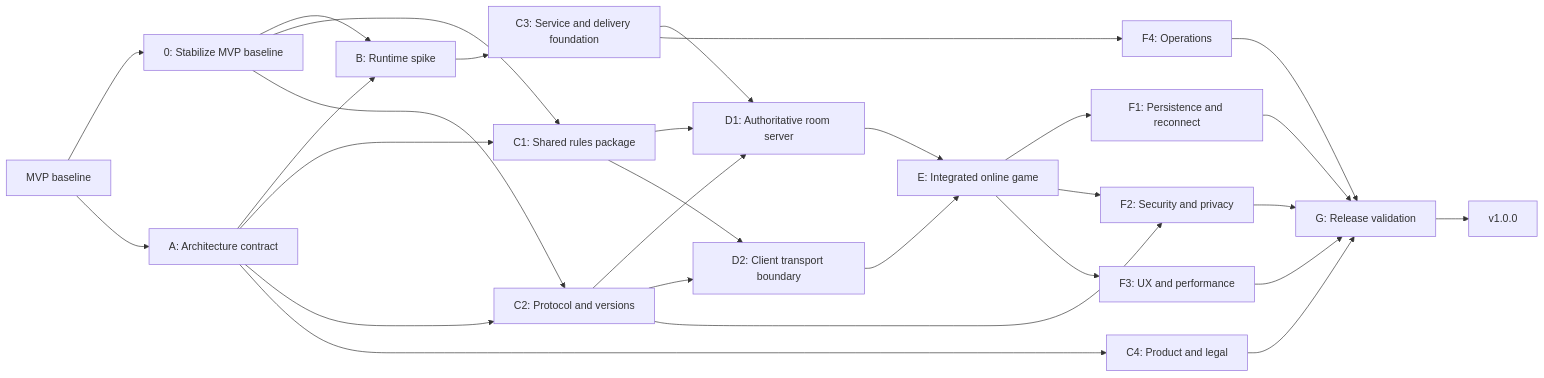
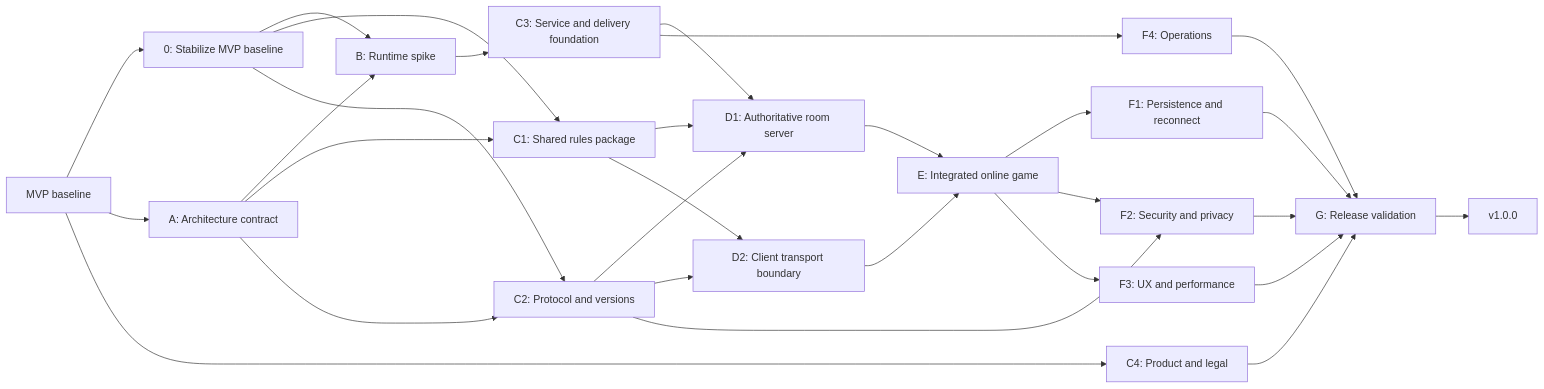
The diagram in ROADMAP.md (jramsdell18/catan), drawn with Mermaid before and after one commit. The commit also changed other lines of this file, not shown here.

Commit message:
docs: start legal readiness work immediately

````diff
--- a/ROADMAP.md
+++ b/ROADMAP.md
@@ -46,31 +46,31 @@
 ```mermaid
 flowchart LR
     MVP["MVP baseline"] --> BASE["0: Stabilize MVP baseline"]
     MVP --> ARCH["A: Architecture contract"]
+    MVP --> PRODUCT["C4: Product and legal"]
     BASE --> SPIKE["B: Runtime spike"]
     ARCH --> SPIKE
     ARCH --> RULES["C1: Shared rules package"]
     BASE --> RULES
     ARCH --> PROTOCOL["C2: Protocol and versions"]
     BASE --> PROTOCOL
-    ARCH --> PRODUCT["C4: Product and legal"]
     SPIKE --> PLATFORM["C3: Service and delivery foundation"]
     RULES --> SERVER["D1: Authoritative room server"]
     RULES --> CLIENT["D2: Client transport boundary"]
     PROTOCOL --> SERVER
     PROTOCOL --> CLIENT
     PLATFORM --> SERVER
     SERVER --> ONLINE["E: Integrated online game"]
     CLIENT --> ONLINE
     ONLINE --> RESILIENCE["F1: Persistence and reconnect"]
     ONLINE --> SECURITY["F2: Security and privacy"]
     PROTOCOL --> SECURITY
     ONLINE --> QUALITY["F3: UX and performance"]
     PLATFORM --> OPS["F4: Operations"]
     RESILIENCE --> RELEASE["G: Release validation"]
     SECURITY --> RELEASE
     QUALITY --> RELEASE
     OPS --> RELEASE
     PRODUCT --> RELEASE
     RELEASE --> V1["v1.0.0"]
 ```
````
